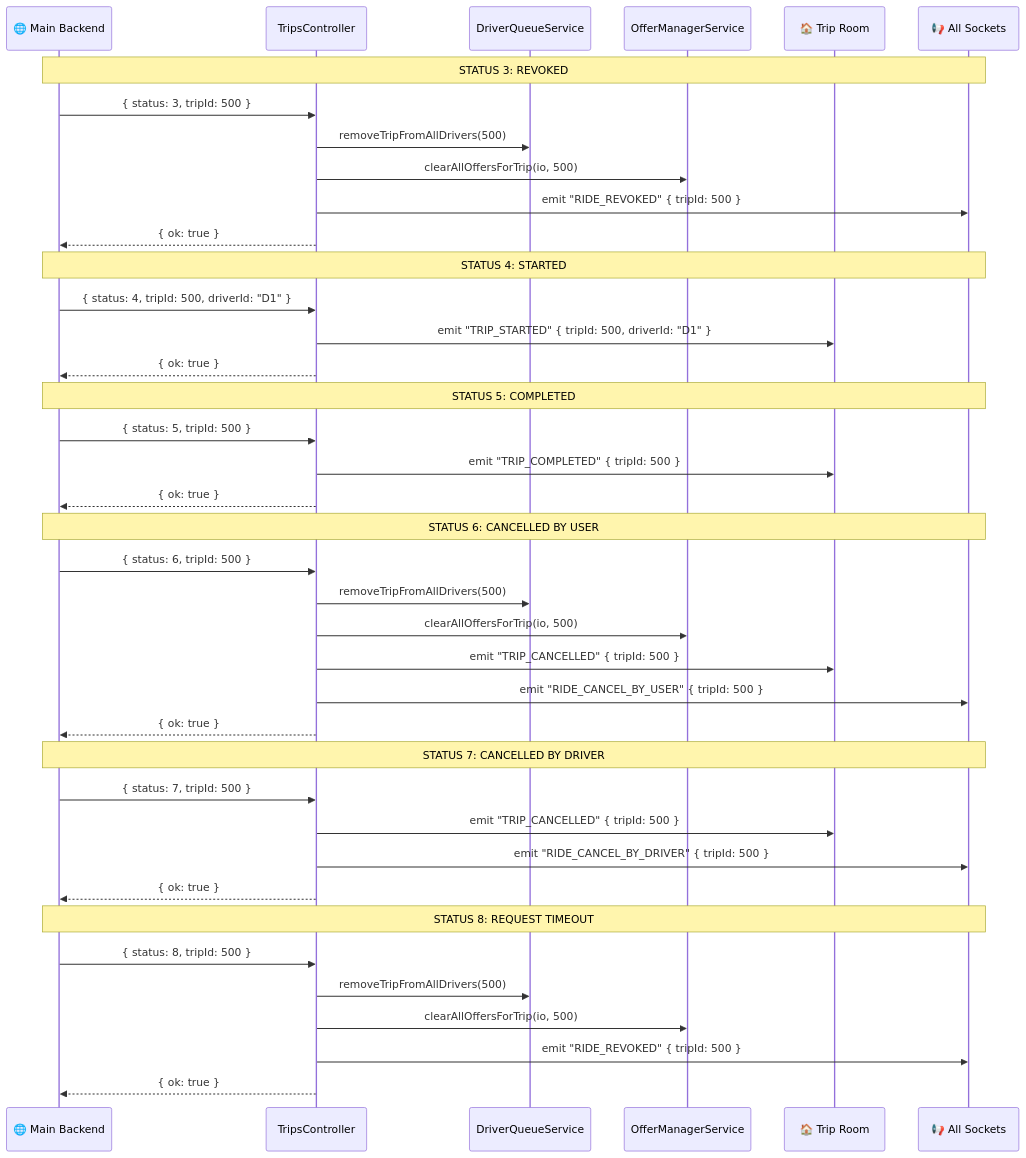
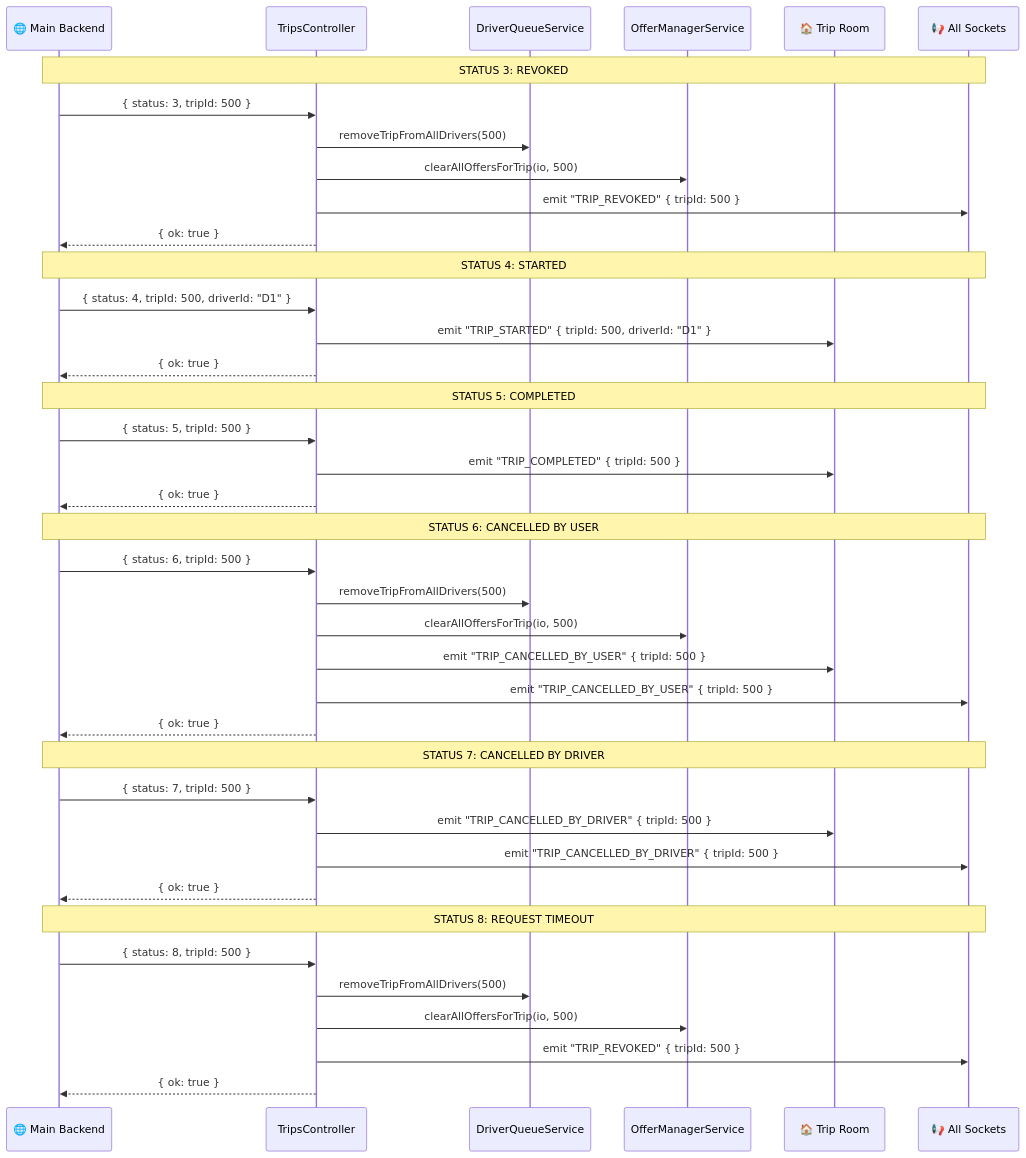
Before and after one commit to rahul-shaw18/loadgo-nestjs-server: the sixth of 21 diagrams in DOCUMENTATION.md, drawn with Mermaid. The commit also changed other lines of this file and 4 other files, not shown here.

````diff
--- a/DOCUMENTATION.md
+++ b/DOCUMENTATION.md
@@ -297,47 +297,47 @@
 ```mermaid
 sequenceDiagram
     participant BE as 🌐 Main Backend
     participant CTRL as TripsController
     participant DQ as DriverQueueService
     participant OM as OfferManagerService
     participant Room as 🏠 Trip Room
     participant All as 📢 All Sockets
 
     Note over BE,All: STATUS 3: REVOKED
     BE->>CTRL: { status: 3, tripId: 500 }
     CTRL->>DQ: removeTripFromAllDrivers(500)
     CTRL->>OM: clearAllOffersForTrip(io, 500)
-    CTRL->>All: emit "RIDE_REVOKED" { tripId: 500 }
+    CTRL->>All: emit "TRIP_REVOKED" { tripId: 500 }
     CTRL-->>BE: { ok: true }
 
     Note over BE,All: STATUS 4: STARTED
     BE->>CTRL: { status: 4, tripId: 500, driverId: "D1" }
     CTRL->>Room: emit "TRIP_STARTED" { tripId: 500, driverId: "D1" }
     CTRL-->>BE: { ok: true }
 
     Note over BE,All: STATUS 5: COMPLETED
     BE->>CTRL: { status: 5, tripId: 500 }
     CTRL->>Room: emit "TRIP_COMPLETED" { tripId: 500 }
     CTRL-->>BE: { ok: true }
 
     Note over BE,All: STATUS 6: CANCELLED BY USER
     BE->>CTRL: { status: 6, tripId: 500 }
     CTRL->>DQ: removeTripFromAllDrivers(500)
     CTRL->>OM: clearAllOffersForTrip(io, 500)
-    CTRL->>Room: emit "TRIP_CANCELLED" { tripId: 500 }
-    CTRL->>All: emit "RIDE_CANCEL_BY_USER" { tripId: 500 }
+    CTRL->>Room: emit "TRIP_CANCELLED_BY_USER" { tripId: 500 }
+    CTRL->>All: emit "TRIP_CANCELLED_BY_USER" { tripId: 500 }
     CTRL-->>BE: { ok: true }
 
     Note over BE,All: STATUS 7: CANCELLED BY DRIVER
     BE->>CTRL: { status: 7, tripId: 500 }
-    CTRL->>Room: emit "TRIP_CANCELLED" { tripId: 500 }
-    CTRL->>All: emit "RIDE_CANCEL_BY_DRIVER" { tripId: 500 }
+    CTRL->>Room: emit "TRIP_CANCELLED_BY_DRIVER" { tripId: 500 }
+    CTRL->>All: emit "TRIP_CANCELLED_BY_DRIVER" { tripId: 500 }
     CTRL-->>BE: { ok: true }
 
     Note over BE,All: STATUS 8: REQUEST TIMEOUT
     BE->>CTRL: { status: 8, tripId: 500 }
     CTRL->>DQ: removeTripFromAllDrivers(500)
     CTRL->>OM: clearAllOffersForTrip(io, 500)
-    CTRL->>All: emit "RIDE_REVOKED" { tripId: 500 }
+    CTRL->>All: emit "TRIP_REVOKED" { tripId: 500 }
     CTRL-->>BE: { ok: true }
 ```
````
